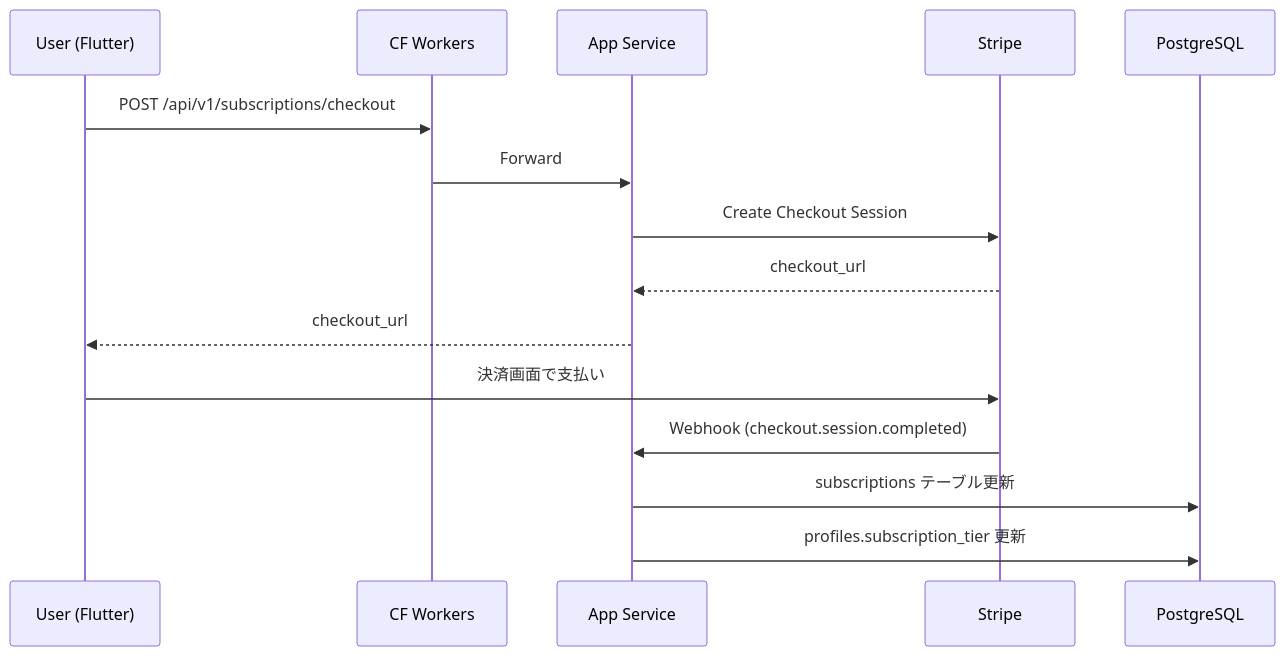
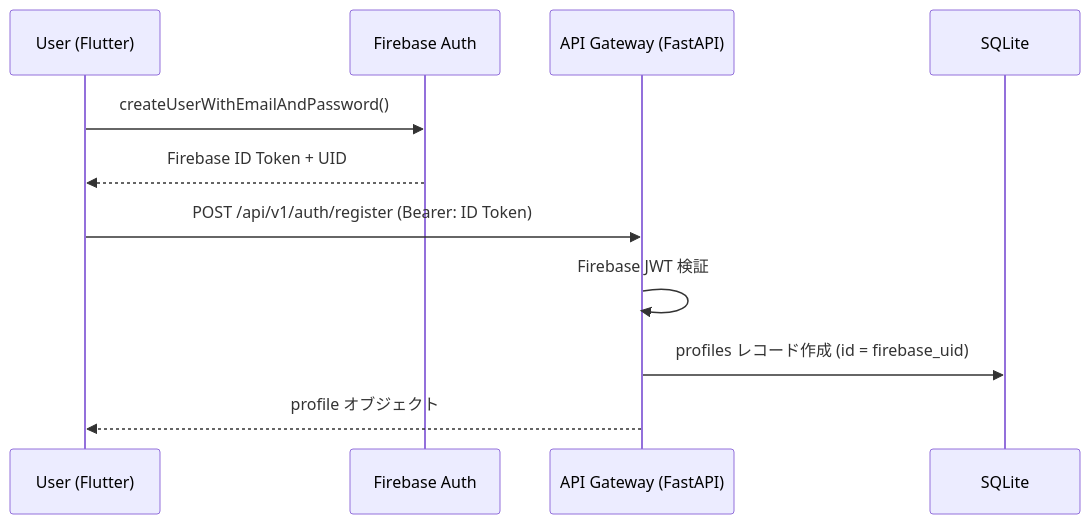
The fourth of 5 diagrams in architecture/SYSTEM_DESIGN.md (cjttca-cd/gaijin-life-navi), drawn with Mermaid before and after one commit. The commit also changed other lines of this file and 30 other files, not shown here.

````diff
--- a/architecture/SYSTEM_DESIGN.md
+++ b/architecture/SYSTEM_DESIGN.md
@@ -195,19 +289,14 @@
 ```mermaid
 sequenceDiagram
     participant U as User (Flutter)
-    participant CF as CF Workers
-    participant API as App Service
-    participant ST as Stripe
-    participant DB as PostgreSQL
+    participant FB as Firebase Auth
+    participant GW as API Gateway (FastAPI)
+    participant DB as SQLite
 
-    U->>CF: POST /api/v1/subscriptions/checkout
-    CF->>API: Forward
-    API->>ST: Create Checkout Session
-    ST-->>API: checkout_url
-    API-->>U: checkout_url
-
-    U->>ST: 決済画面で支払い
-    ST->>API: Webhook (checkout.session.completed)
-    API->>DB: subscriptions テーブル更新
-    API->>DB: profiles.subscription_tier 更新
+    U->>FB: createUserWithEmailAndPassword()
+    FB-->>U: Firebase ID Token + UID
+    U->>GW: POST /api/v1/auth/register (Bearer: ID Token)
+    GW->>GW: Firebase JWT 検証
+    GW->>DB: profiles レコード作成 (id = firebase_uid)
+    GW-->>U: profile オブジェクト
 ```
````
